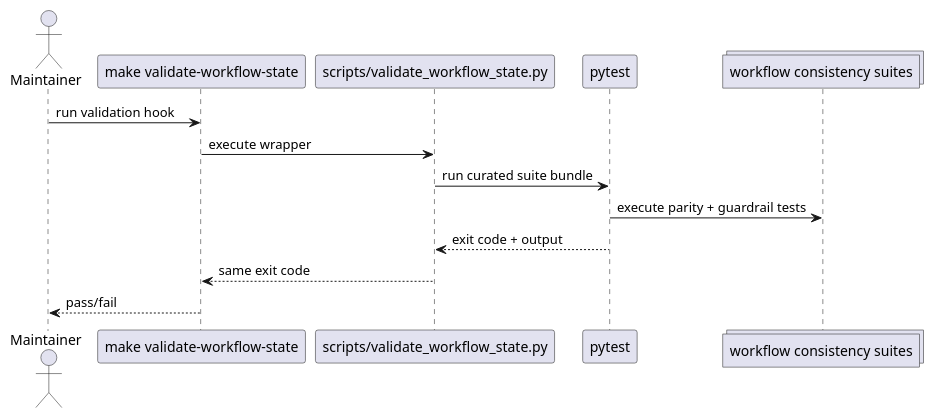
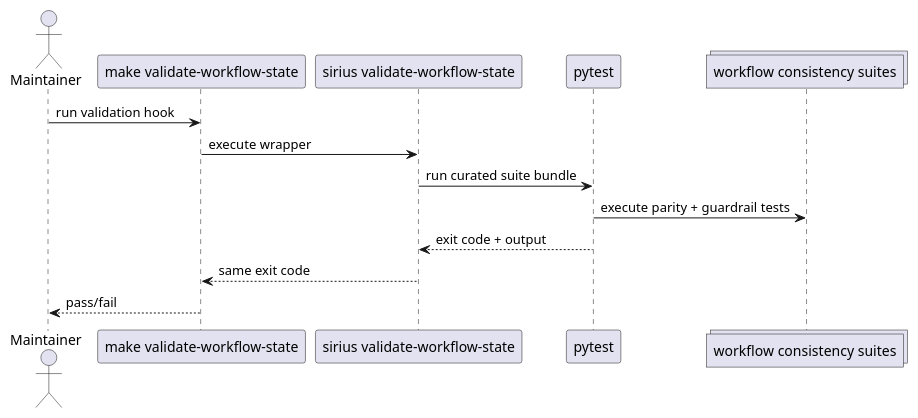
One commit to sirius-cc-wu/sirius-skills changed the eighth of 8 diagrams in docs/features/workflow-state-consistency/system-design.md. Above: the diagram before and after it, drawn with PlantUML. The commit also changed 345 other files, not shown here.

````diff
--- a/docs/features/workflow-state-consistency/system-design.md
+++ b/docs/features/workflow-state-consistency/system-design.md
@@ -595,19 +595,19 @@
 ```plantuml
 @startuml
 skinparam backgroundColor white
 
 actor Maintainer
 participant "make validate-workflow-state" as Make
-participant "scripts/validate_workflow_state.py" as Hook
+participant "sirius validate-workflow-state" as Hook
 participant "pytest" as Pytest
 collections "workflow consistency suites" as Suites
 
 Maintainer -> Make : run validation hook
 Make -> Hook : execute wrapper
 Hook -> Pytest : run curated suite bundle
 Pytest -> Suites : execute parity + guardrail tests
 Pytest --> Hook : exit code + output
 Hook --> Make : same exit code
 Make --> Maintainer : pass/fail
 @enduml
 ```
````
